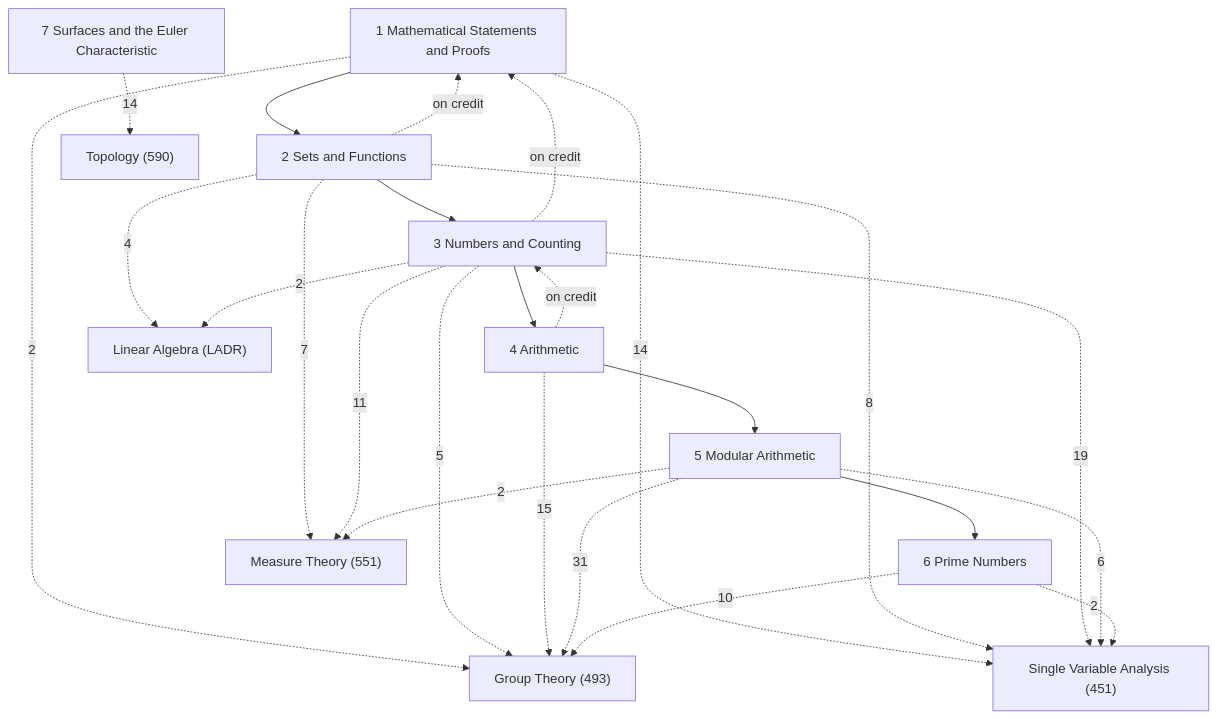
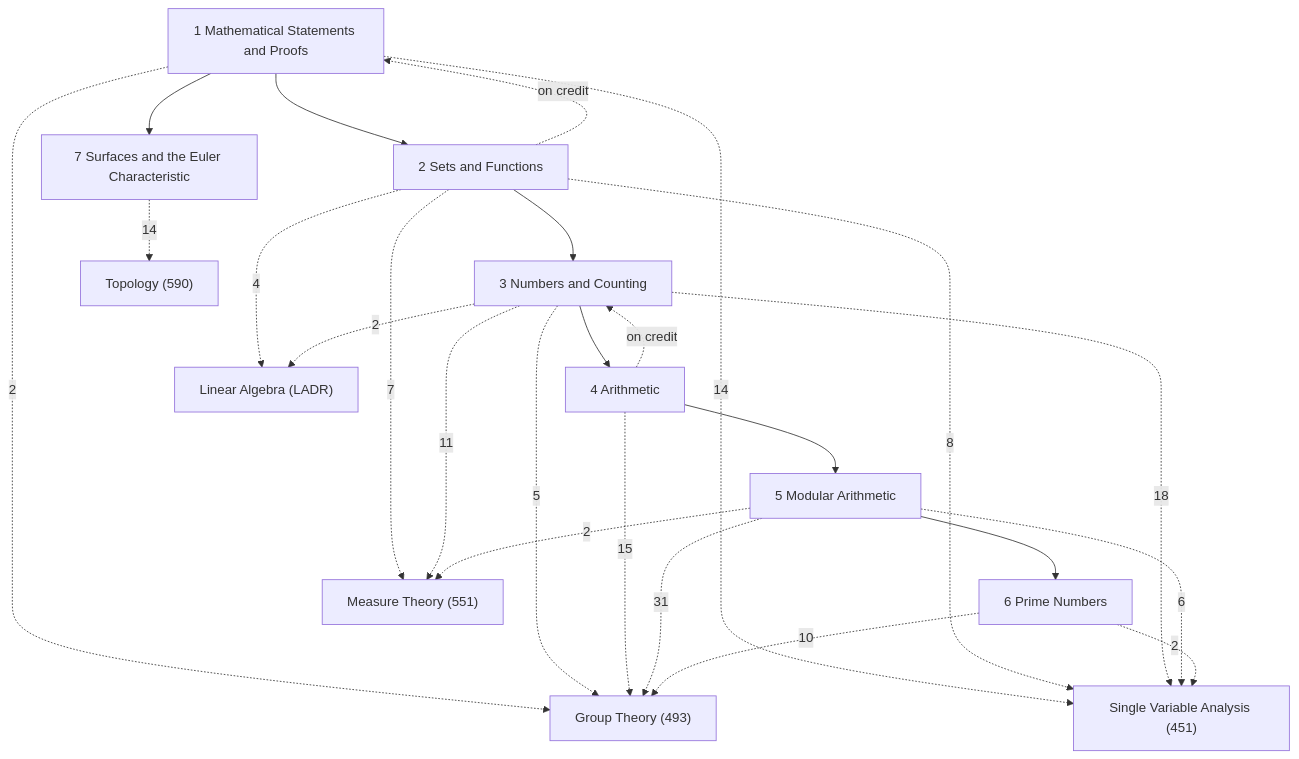
One commit to Onion20040508/notes changed the diagram in Math/Logic and Proofs/Logic and Proofs.md. Above: the diagram before and after it, drawn with Mermaid. The commit also changed other lines of this file and 46 other files, not shown here.

````diff
--- a/Math/Logic and Proofs/Logic and Proofs.md
+++ b/Math/Logic and Proofs/Logic and Proofs.md
@@ -22,39 +22,39 @@
 ```mermaid
 graph TD
   C1["1 Mathematical Statements and Proofs"]
   C2["2 Sets and Functions"]
   C3["3 Numbers and Counting"]
   C4["4 Arithmetic"]
   C5["5 Modular Arithmetic"]
   C6["6 Prime Numbers"]
   C7["7 Surfaces and the Euler Characteristic"]
   X1["Single Variable Analysis (451)"]
   X2["Group Theory (493)"]
   X3["Measure Theory (551)"]
   X4["Linear Algebra (LADR)"]
   X5["Topology (590)"]
   C1 --> C2
+  C1 --> C7
   C2 --> C3
   C3 --> C4
   C4 --> C5
   C5 --> C6
   C2 -.->|on credit| C1
-  C3 -.->|on credit| C1
   C4 -.->|on credit| C3
   C1 -.->|2| X2
   C1 -.->|14| X1
   C2 -.->|4| X4
   C2 -.->|7| X3
   C2 -.->|8| X1
   C3 -.->|5| X2
   C3 -.->|2| X4
   C3 -.->|11| X3
-  C3 -.->|19| X1
+  C3 -.->|18| X1
   C4 -.->|15| X2
   C5 -.->|31| X2
   C5 -.->|2| X3
   C5 -.->|6| X1
   C6 -.->|10| X2
   C6 -.->|2| X1
   C7 -.->|14| X5
 ```
````
